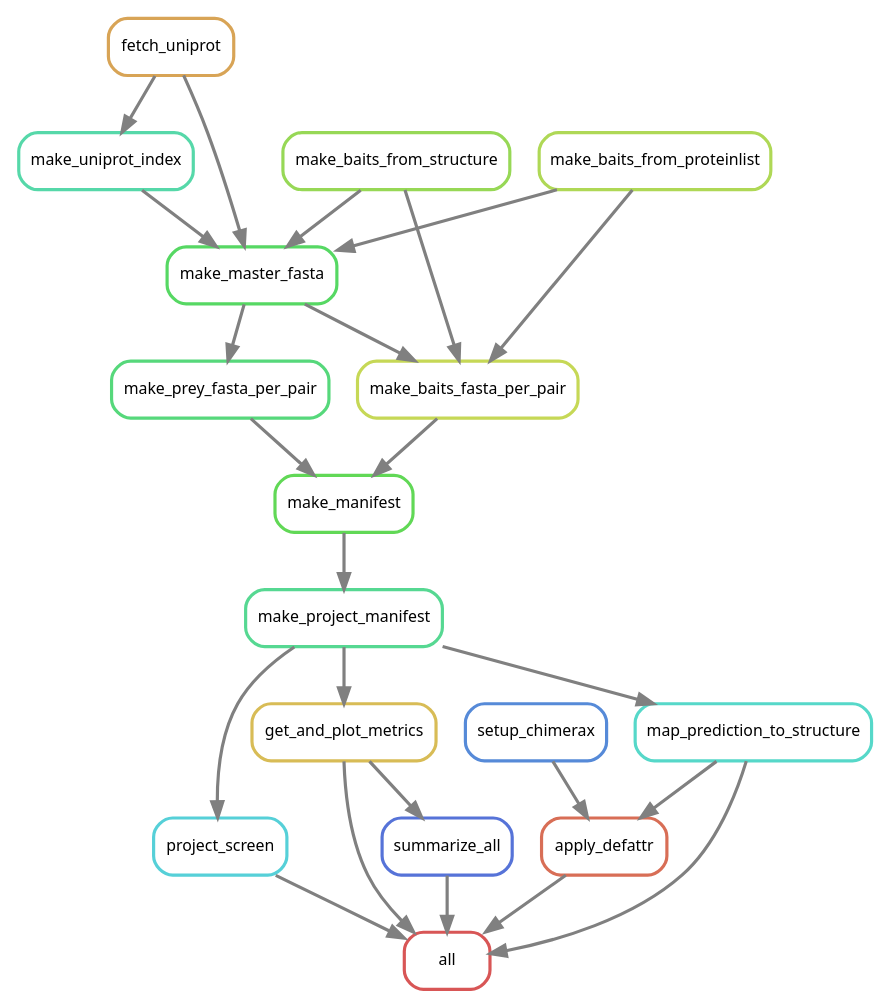
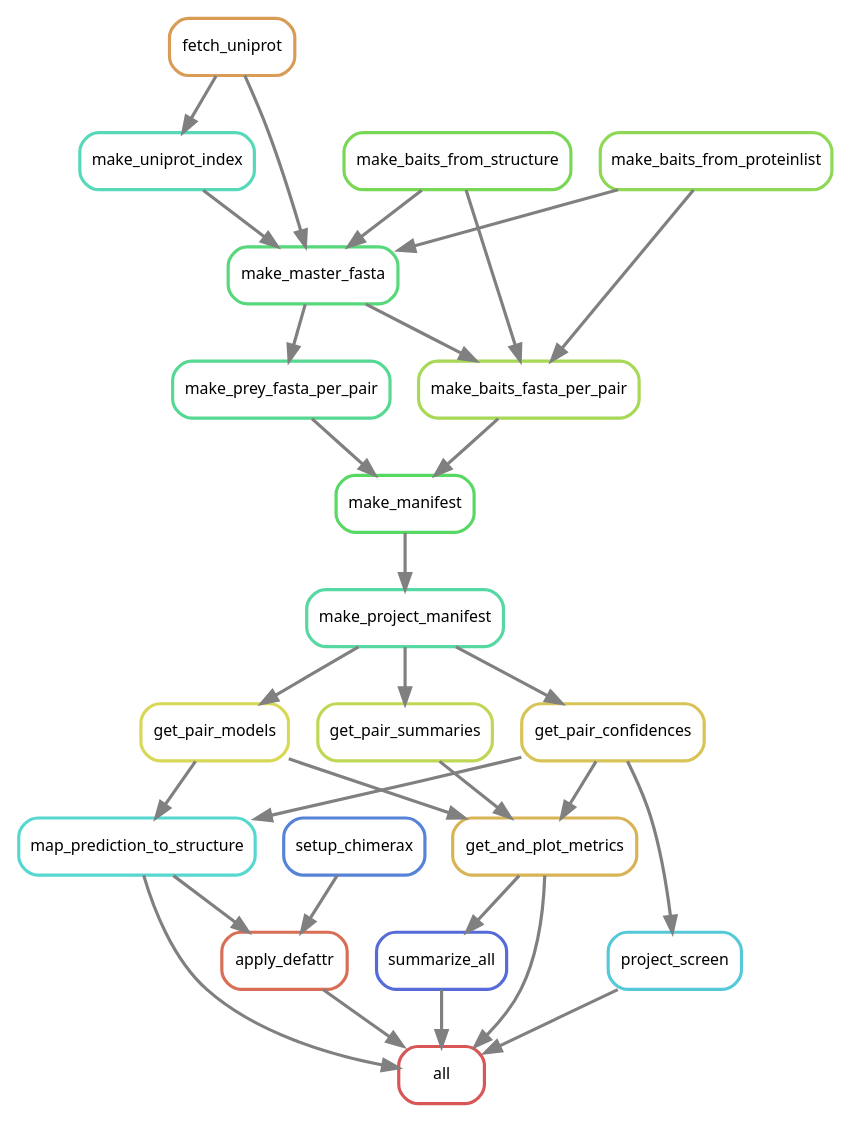
Before and after one commit to JoseFcoMH/af3_screening: the diagram in test_dag.dot, drawn with Graphviz. The commit also changed 1 other file, not shown here.

```diff
--- a/test_dag.dot
+++ b/test_dag.dot
@@ -1,44 +1,53 @@
 digraph snakemake_dag {
     graph[bgcolor=white, margin=0];
     node[shape=box, style=rounded, fontname=sans,                 fontsize=10, penwidth=2];
     edge[penwidth=2, color=grey];
 	0[label = "all", color = "0.00 0.6 0.85", style="rounded"];
-	1[label = "map_prediction_to_structure", color = "0.48 0.6 0.85", style="rounded"];
-	2[label = "make_project_manifest", color = "0.41 0.6 0.85", style="rounded"];
-	3[label = "make_manifest", color = "0.32 0.6 0.85", style="rounded"];
-	4[label = "make_prey_fasta_per_pair", color = "0.38 0.6 0.85", style="rounded"];
-	5[label = "make_master_fasta", color = "0.35 0.6 0.85", style="rounded"];
-	6[label = "make_baits_from_proteinlist", color = "0.22 0.6 0.85", style="rounded"];
-	7[label = "make_baits_from_structure", color = "0.25 0.6 0.85", style="rounded"];
-	8[label = "fetch_uniprot", color = "0.10 0.6 0.85", style="rounded"];
-	9[label = "make_uniprot_index", color = "0.44 0.6 0.85", style="rounded"];
-	10[label = "make_baits_fasta_per_pair", color = "0.19 0.6 0.85", style="rounded"];
-	11[label = "apply_defattr", color = "0.03 0.6 0.85", style="rounded"];
-	12[label = "setup_chimerax", color = "0.60 0.6 0.85", style="rounded"];
-	13[label = "get_and_plot_metrics", color = "0.13 0.6 0.85", style="rounded"];
-	14[label = "project_screen", color = "0.51 0.6 0.85", style="rounded"];
-	15[label = "summarize_all", color = "0.63 0.6 0.85", style="rounded"];
-	11 -> 0
-	14 -> 0
+	1[label = "map_prediction_to_structure", color = "0.49 0.6 0.85", style="rounded"];
+	2[label = "get_pair_confidences", color = "0.14 0.6 0.85", style="rounded"];
+	3[label = "make_project_manifest", color = "0.43 0.6 0.85", style="rounded"];
+	4[label = "make_manifest", color = "0.35 0.6 0.85", style="rounded"];
+	5[label = "make_prey_fasta_per_pair", color = "0.41 0.6 0.85", style="rounded"];
+	6[label = "make_master_fasta", color = "0.38 0.6 0.85", style="rounded"];
+	7[label = "make_baits_from_proteinlist", color = "0.26 0.6 0.85", style="rounded"];
+	8[label = "make_baits_from_structure", color = "0.29 0.6 0.85", style="rounded"];
+	9[label = "fetch_uniprot", color = "0.09 0.6 0.85", style="rounded"];
+	10[label = "make_uniprot_index", color = "0.46 0.6 0.85", style="rounded"];
+	11[label = "make_baits_fasta_per_pair", color = "0.23 0.6 0.85", style="rounded"];
+	12[label = "get_pair_models", color = "0.17 0.6 0.85", style="rounded"];
+	13[label = "apply_defattr", color = "0.03 0.6 0.85", style="rounded"];
+	14[label = "setup_chimerax", color = "0.61 0.6 0.85", style="rounded"];
+	15[label = "get_and_plot_metrics", color = "0.12 0.6 0.85", style="rounded"];
+	16[label = "get_pair_summaries", color = "0.20 0.6 0.85", style="rounded"];
+	17[label = "project_screen", color = "0.52 0.6 0.85", style="rounded"];
+	18[label = "summarize_all", color = "0.64 0.6 0.85", style="rounded"];
+	17 -> 0
+	13 -> 0
+	18 -> 0
 	15 -> 0
-	13 -> 0
 	1 -> 0
+	12 -> 1
 	2 -> 1
 	3 -> 2
-	10 -> 3
 	4 -> 3
 	5 -> 4
-	9 -> 5
+	11 -> 4
 	6 -> 5
-	7 -> 5
-	8 -> 5
-	8 -> 9
-	6 -> 10
-	7 -> 10
-	5 -> 10
-	1 -> 11
-	12 -> 11
-	2 -> 13
-	2 -> 14
-	13 -> 15
+	7 -> 6
+	8 -> 6
+	10 -> 6
+	9 -> 6
+	9 -> 10
+	7 -> 11
+	8 -> 11
+	6 -> 11
+	3 -> 12
+	14 -> 13
+	1 -> 13
+	16 -> 15
+	12 -> 15
+	2 -> 15
+	3 -> 16
+	2 -> 17
+	15 -> 18
 }            
```
